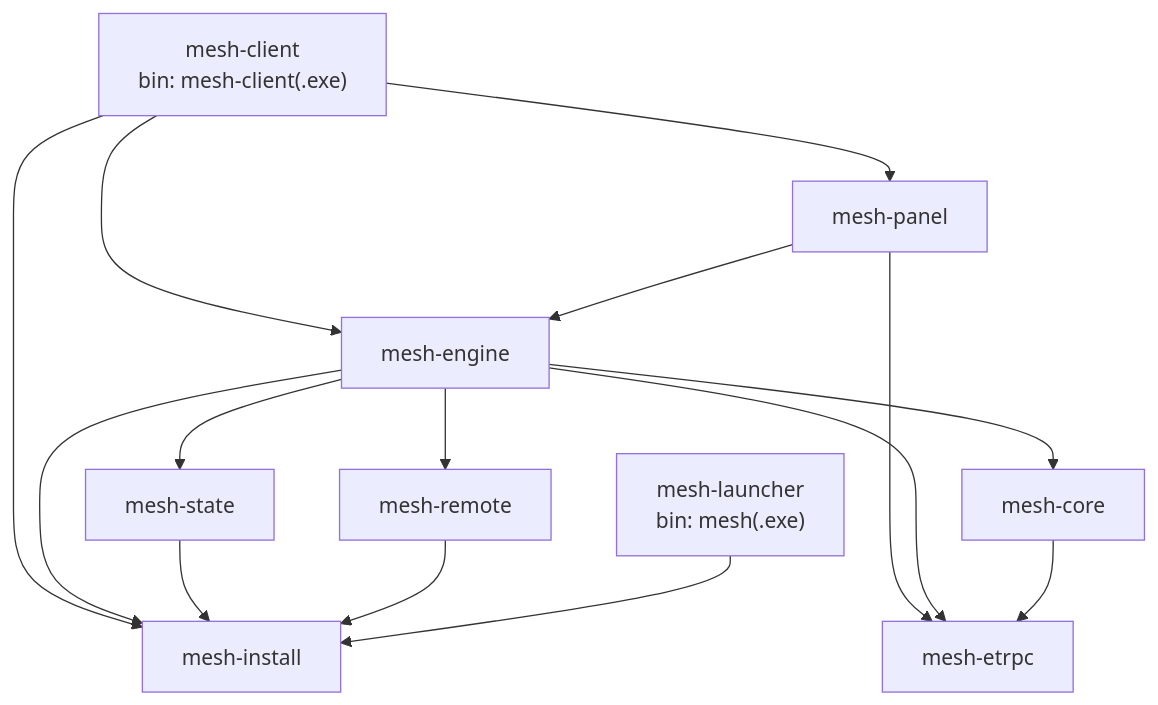
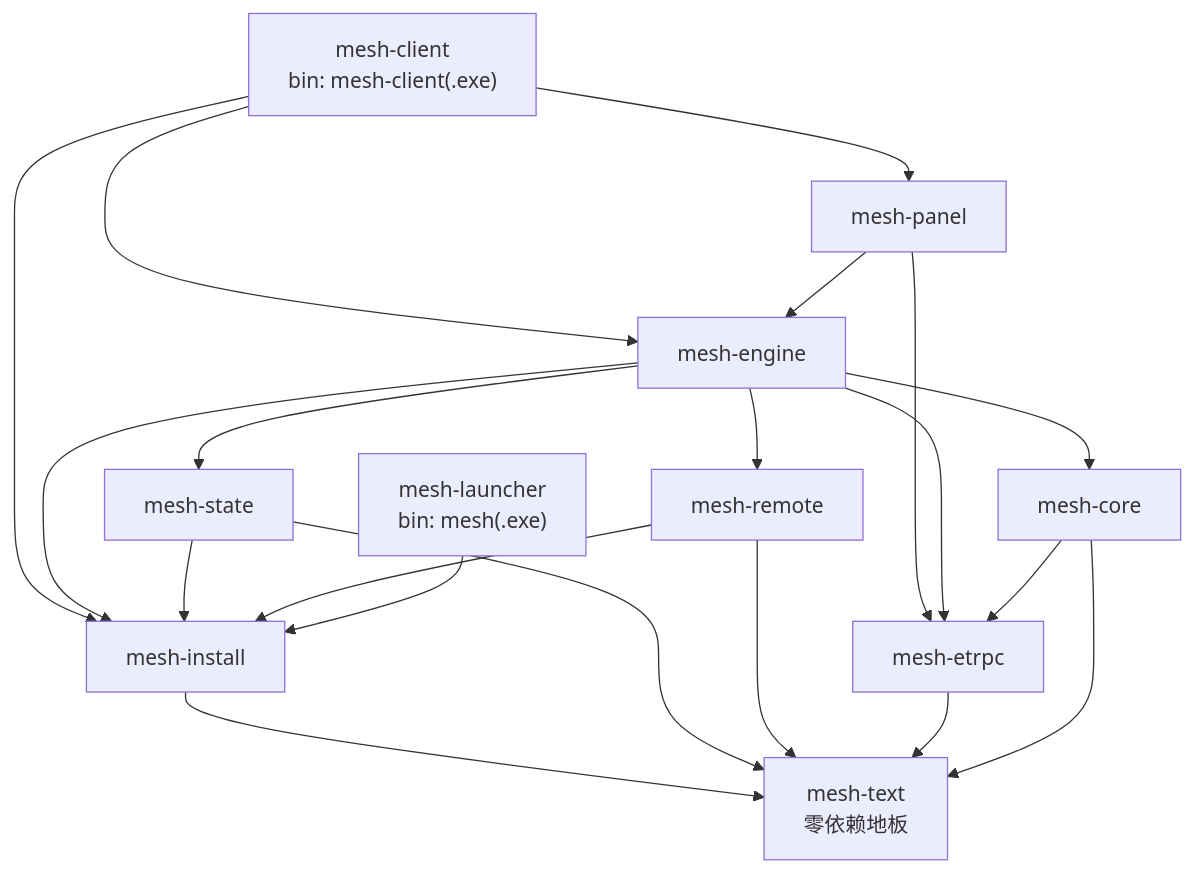
The diagram in MODULES.md (hiromuraki/mesh-client), drawn with Mermaid before and after one commit. The commit also changed other lines of this file and 55 other files, not shown here.

````diff
--- a/MODULES.md
+++ b/MODULES.md
@@ -25,17 +26,23 @@
 ```mermaid
 graph TD
+  text["mesh-text<br/>零依赖地板"]
   client["mesh-client<br/>bin: mesh-client(.exe)"] --> engine["mesh-engine"]
   client --> panel["mesh-panel"]
   client --> install["mesh-install"]
   panel --> engine
   panel --> etrpc["mesh-etrpc"]
   engine --> install
   engine --> state["mesh-state"]
   engine --> remote["mesh-remote"]
   engine --> core["mesh-core"]
   engine --> etrpc
   state --> install
   remote --> install
   core --> etrpc
   launcher["mesh-launcher<br/>bin: mesh(.exe)"] --> install
+  install --> text
+  state --> text
+  remote --> text
+  etrpc --> text
+  core --> text
 ```
````
